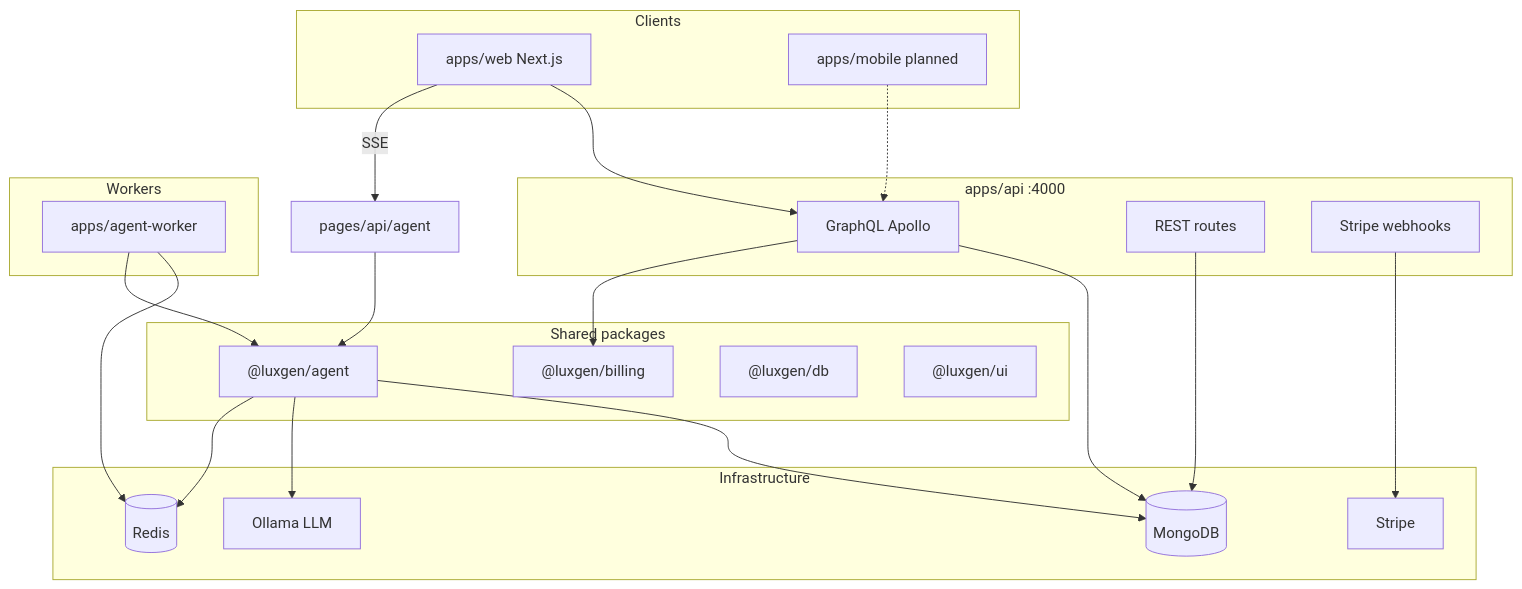
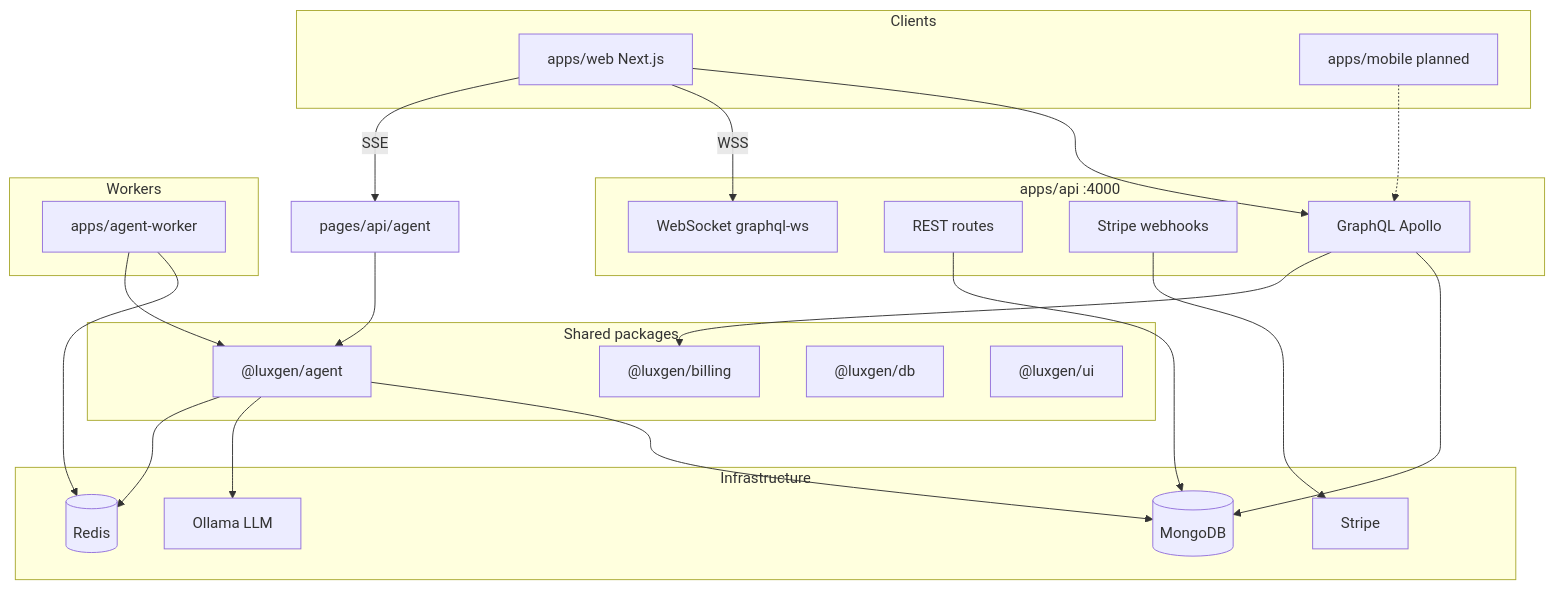
The diagram in docs/ARCHITECTURE.md (susil-bot/luxgen-monorepo), drawn with Mermaid before and after one commit. The commit also changed other lines of this file and 44 other files, not shown here.

Commit message:
chore: Major refactored and standerdised the architecture layers

````diff
--- a/docs/ARCHITECTURE.md
+++ b/docs/ARCHITECTURE.md
@@ -20,45 +20,47 @@
 ```mermaid
 flowchart TB
   subgraph clients [Clients]
     Web[apps/web Next.js]
     Mobile[apps/mobile planned]
   end
 
   subgraph api [apps/api :4000]
     GQL[GraphQL Apollo]
     REST[REST routes]
     WH[Stripe webhooks]
+    WSS[WebSocket graphql-ws]
   end
 
   subgraph workers [Workers]
     AW[apps/agent-worker]
   end
 
   subgraph packages [Shared packages]
     Agent["@luxgen/agent"]
     Billing["@luxgen/billing"]
     DB["@luxgen/db"]
     UI["@luxgen/ui"]
   end
 
   subgraph infra [Infrastructure]
     Mongo[(MongoDB)]
     Redis[(Redis)]
     Ollama[Ollama LLM]
     Stripe[Stripe]
   end
 
   Web --> GQL
+  Web -->|WSS| WSS
   Web -->|SSE| AgentAPI[pages/api/agent]
   Mobile -.-> GQL
   AgentAPI --> Agent
   GQL --> Mongo
   GQL --> Billing
   REST --> Mongo
   WH --> Stripe
   AW --> Redis
   AW --> Agent
   Agent --> Mongo
   Agent --> Ollama
   Agent --> Redis
 ```
````
